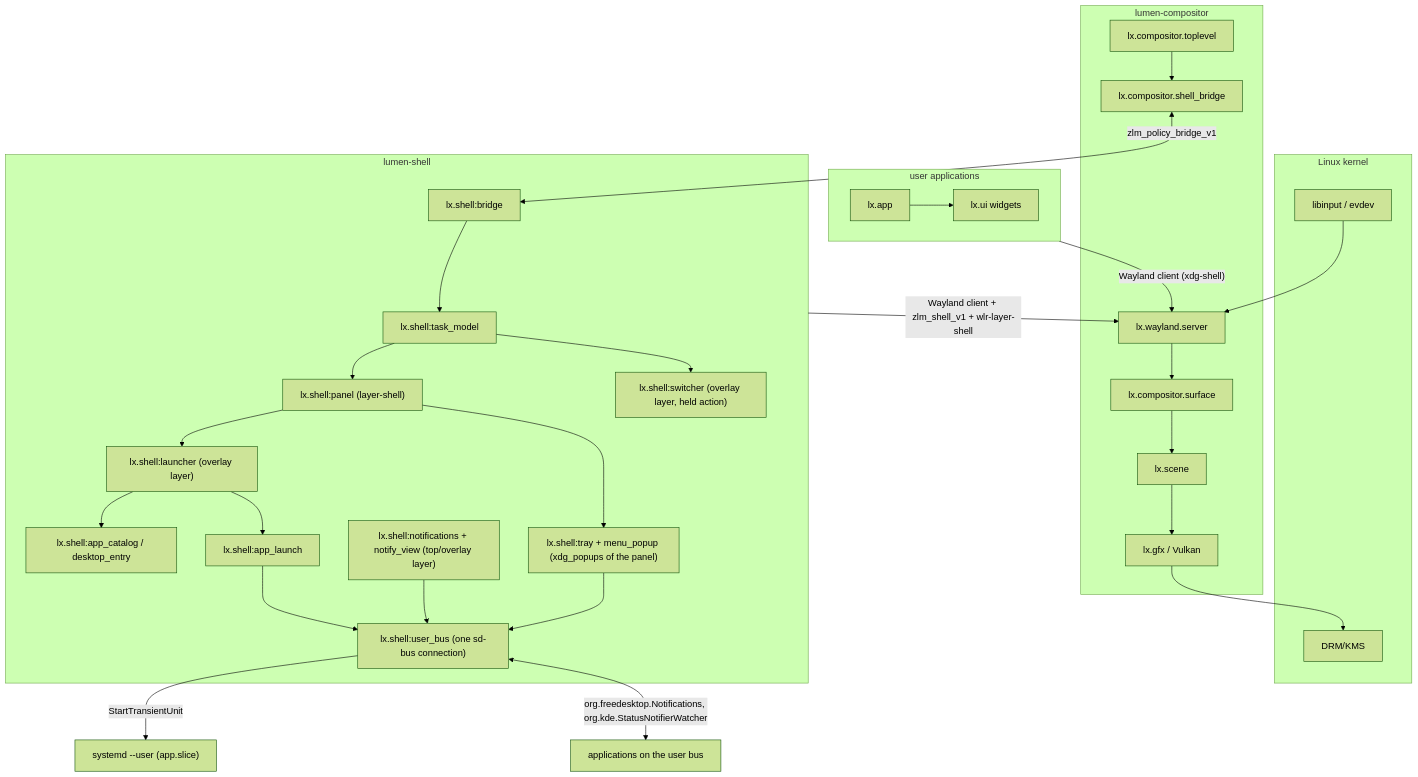
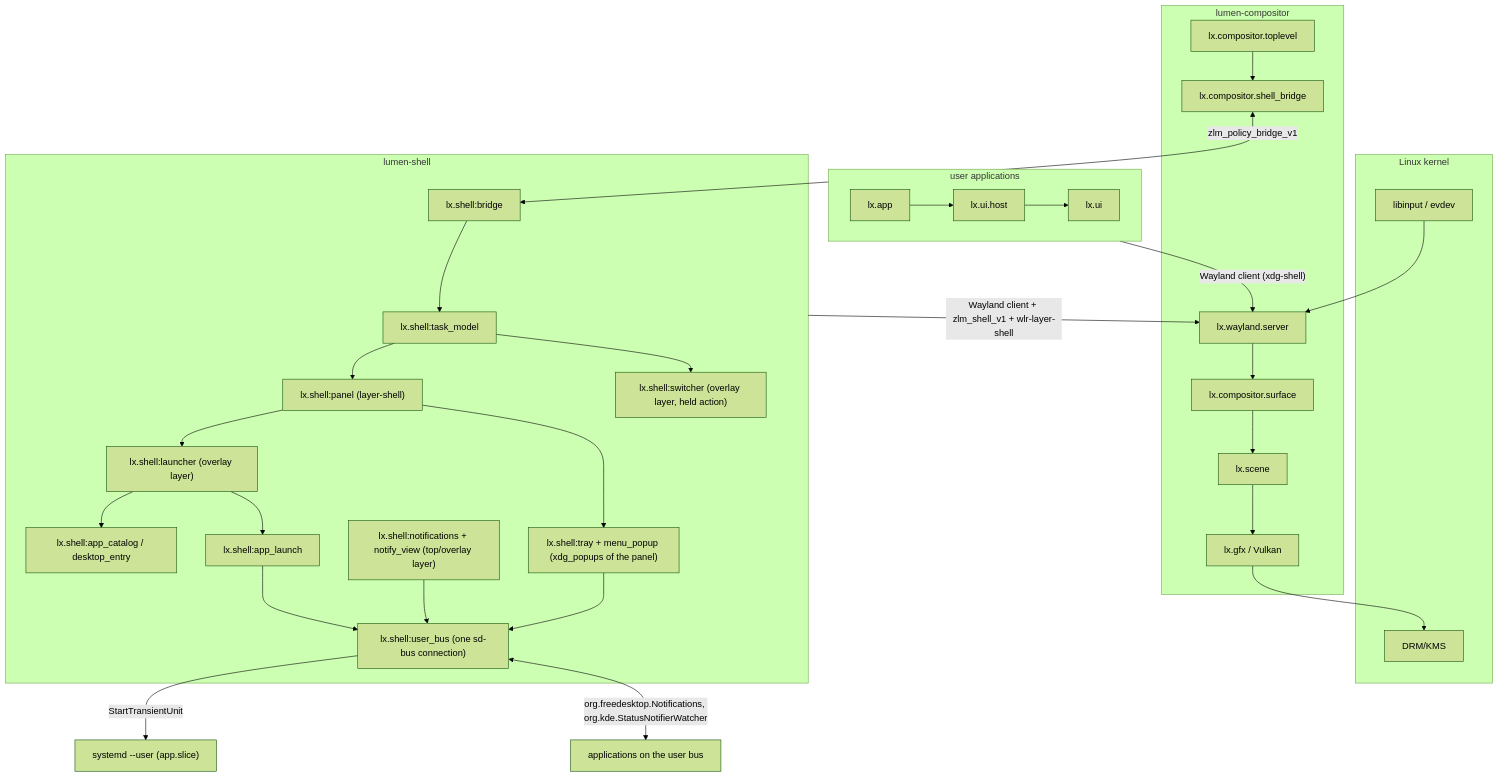
One commit to dimmus/lumen changed the first of 9 diagrams in docs/architecture.md. Above: the diagram before and after it, drawn with Mermaid (forest theme). The commit also changed other lines of this file and 31 other files, not shown here.

First line of the commit message:
UI engine Phase 5: lx.ui.host, lx.app rebased onto it with multiple windows

````diff
--- a/docs/architecture.md
+++ b/docs/architecture.md
@@ -52,53 +53,54 @@
 ```mermaid
 flowchart TB
     subgraph Kernel["Linux kernel"]
         KMS["DRM/KMS"]
         EV["libinput / evdev"]
     end
 
     subgraph Comp["lumen-compositor"]
         WLS["lx.wayland.server"]
         TOP["lx.compositor.toplevel"]
         SURF["lx.compositor.surface"]
         BRIDGE["lx.compositor.shell_bridge"]
         SCENE["lx.scene"]
         GFX["lx.gfx / Vulkan"]
         WLS --> SURF --> SCENE --> GFX
         TOP --> BRIDGE
         GFX --> KMS
         EV --> WLS
     end
 
     subgraph Shell["lumen-shell"]
         SB["lx.shell:bridge"]
         TM["lx.shell:task_model"]
         PAN["lx.shell:panel (layer-shell)"]
         LAU["lx.shell:launcher (overlay layer)"]
         SW["lx.shell:switcher (overlay layer, held action)"]
         CAT["lx.shell:app_catalog / desktop_entry"]
         LCH["lx.shell:app_launch"]
         UB["lx.shell:user_bus (one sd-bus connection)"]
         NOT["lx.shell:notifications + notify_view (top/overlay layer)"]
         TRAY["lx.shell:tray + menu_popup (xdg_popups of the panel)"]
         SB --> TM --> PAN
         TM --> SW
         PAN --> LAU --> CAT
         LAU --> LCH
         PAN --> TRAY
         LCH --> UB
         NOT --> UB
         TRAY --> UB
     end
     UB -->|"StartTransientUnit"| SYSD["systemd --user (app.slice)"]
     UB <-->|"org.freedesktop.Notifications, org.kde.StatusNotifierWatcher"| BUSAPPS["applications on the user bus"]
 
     subgraph Apps["user applications"]
         APP["lx.app"]
-        UI_A["lx.ui widgets"]
-        APP --> UI_A
+        UIH_A["lx.ui.host"]
+        UI_A["lx.ui"]
+        APP --> UIH_A --> UI_A
     end
 
     Shell -->|"Wayland client + zlm_shell_v1 + wlr-layer-shell"| WLS
     Apps -->|"Wayland client (xdg-shell)"| WLS
     BRIDGE <-->|"zlm_policy_bridge_v1"| SB
 ```
````
